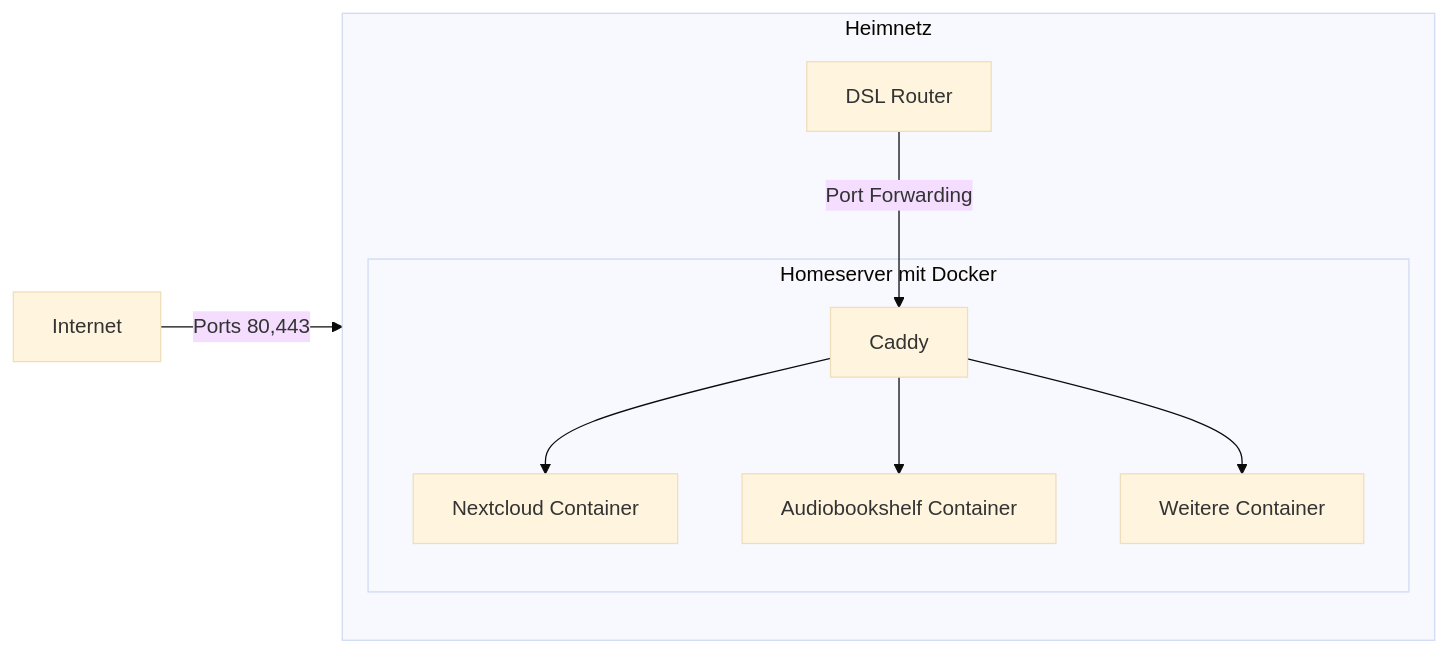
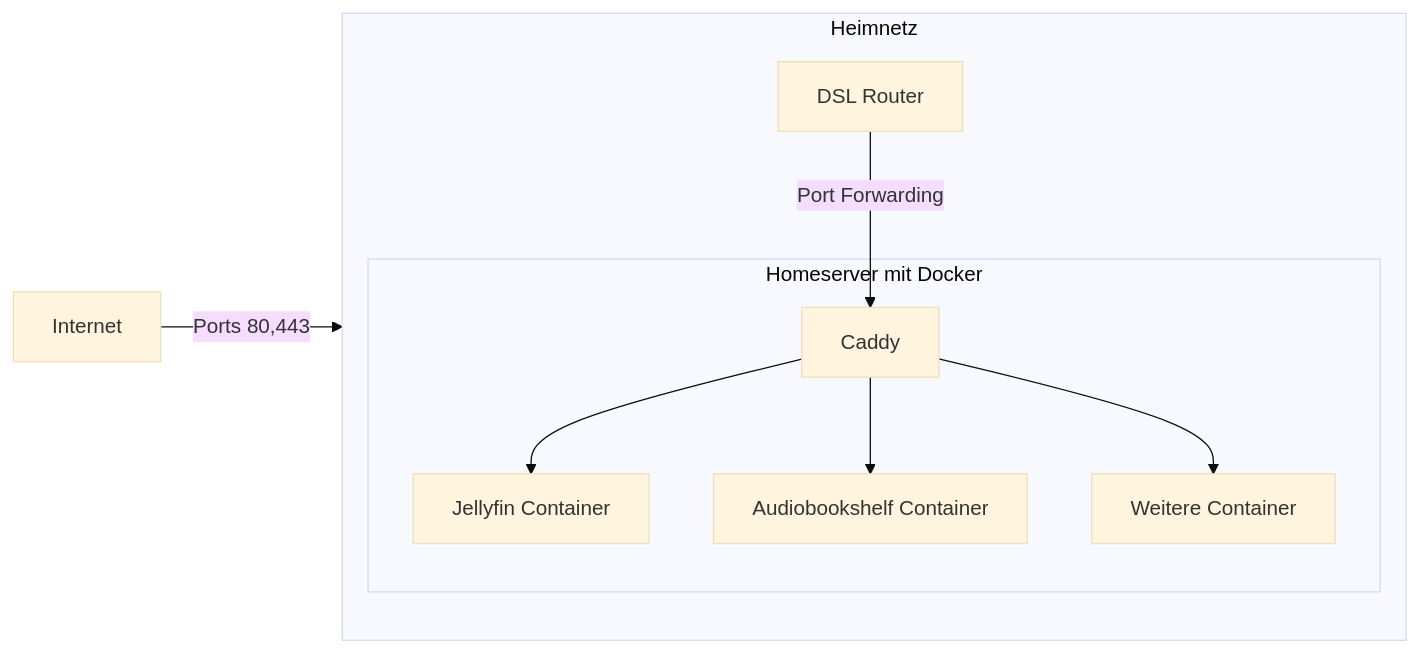
One commit to derphilipp/schulung_selfhosting changed the first of 2 diagrams in slides.md. Above: the diagram before and after it, drawn with Mermaid (base theme). The commit also changed other lines of this file, not shown here.

````diff
--- a/slides.md
+++ b/slides.md
@@ -241,20 +64,20 @@
 ```mermaid
 graph LR
     A[Internet] -->|Ports 80,443| B[DSL Router]
     B --> |Port Forwarding| D[Caddy]
-    D --> E[Nextcloud Container]
+    D --> E[Jellyfin Container]
     D --> F[Audiobookshelf Container]
     D --> G[Weitere Container]
 
 subgraph Heimnetz
   direction TB
   B
   subgraph Homeserver mit Docker
     D
     E
     F
     G
   end
 end
 
 ```
````
